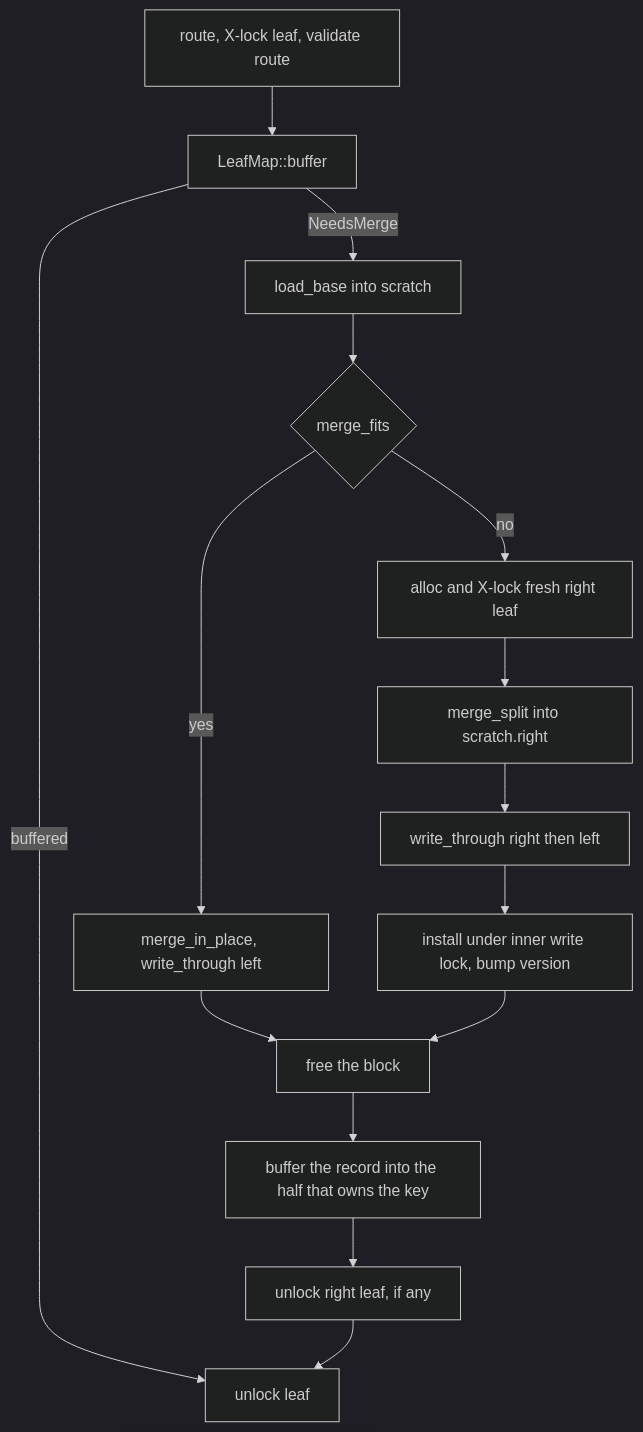
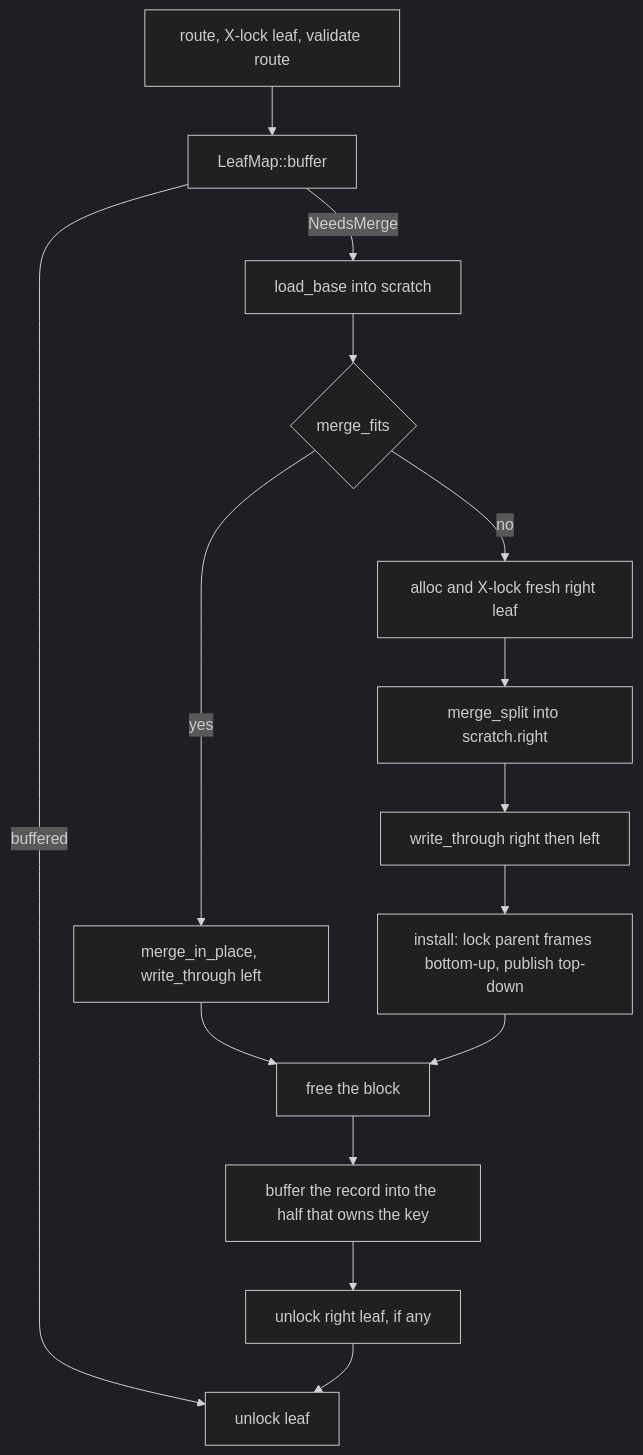
The second of 2 diagrams in docs/design/bf-tree-structure.md (raydatray/peppydb), drawn with Mermaid (dark theme) before and after one commit. The commit also changed other lines of this file and 7 other files, not shown here.

````diff
--- a/docs/design/bf-tree-structure.md
+++ b/docs/design/bf-tree-structure.md
@@ -109,16 +114,16 @@
 ```mermaid
 flowchart TD
     A[route, X-lock leaf, validate route] --> B["LeafMap::buffer"]
     B -->|buffered| Z[unlock leaf]
     B -->|NeedsMerge| C[load_base into scratch]
     C --> D{merge_fits}
     D -->|yes| E[merge_in_place, write_through left]
     D -->|no| F[alloc and X-lock fresh right leaf]
     F --> G[merge_split into scratch.right]
     G --> H[write_through right then left]
-    H --> I[install under inner write lock, bump version]
+    H --> I["install: lock parent frames bottom-up, publish top-down"]
     E --> J[free the block]
     I --> J
     J --> K[buffer the record into the half that owns the key]
     K --> L[unlock right leaf, if any] --> Z
 ```
````
